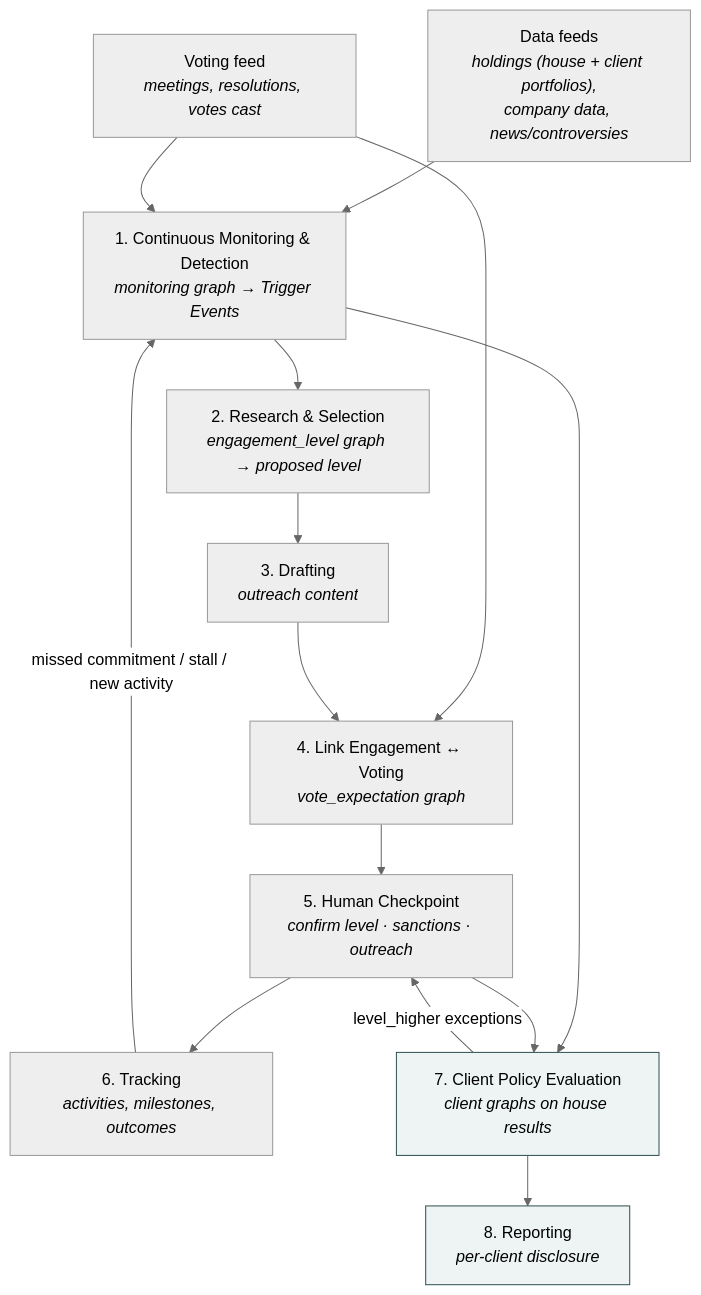
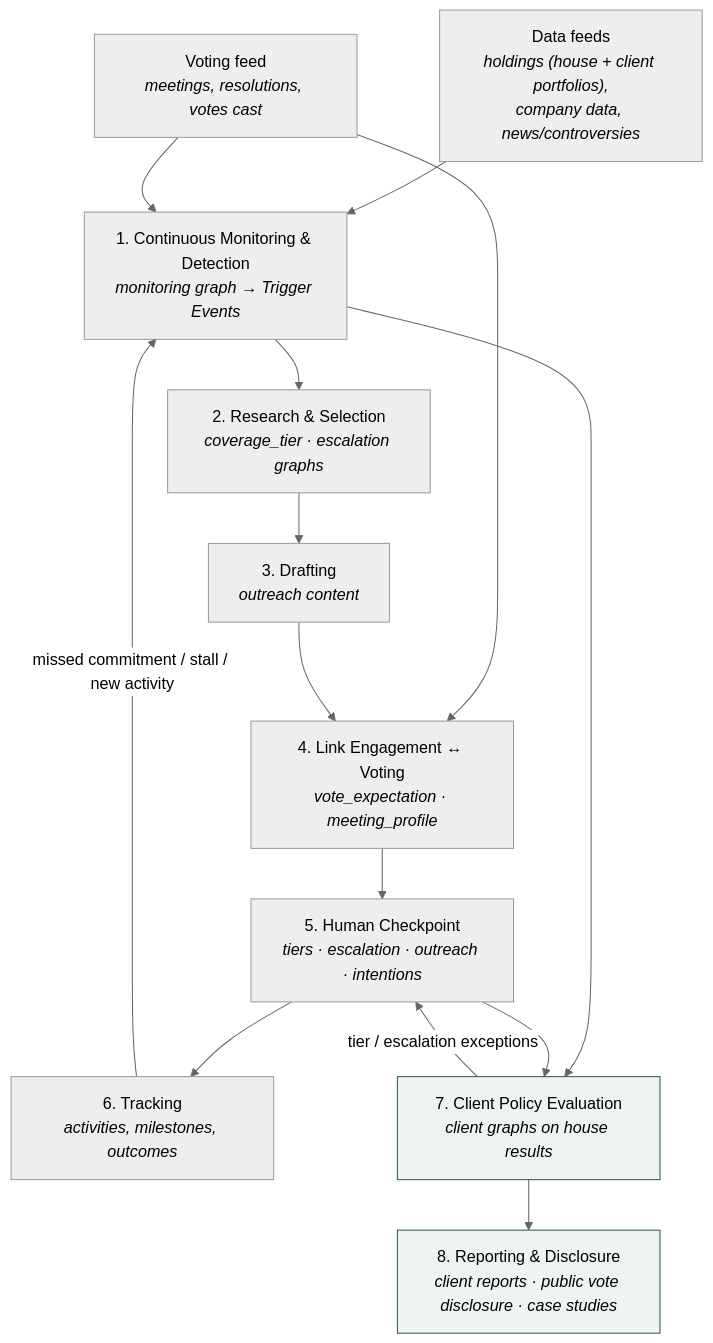
The second of 3 diagrams in docs/STEWARDSHIP_OPERATING_MODEL.md (kutschersteffen-cmd/Agentic-Research-Pipeline), drawn with Mermaid (neutral theme) before and after one commit. The commit also changed other lines of this file, not shown here.

````diff
--- a/docs/STEWARDSHIP_OPERATING_MODEL.md
+++ b/docs/STEWARDSHIP_OPERATING_MODEL.md
@@ -360,26 +466,26 @@
 ```mermaid
 flowchart TD
     I1["Data feeds<br/><i>holdings (house + client portfolios),<br/>company data, news/controversies</i>"]
     I2["Voting feed<br/><i>meetings, resolutions, votes cast</i>"]
     S1["1. Continuous Monitoring & Detection<br/><i>monitoring graph → Trigger Events</i>"]
-    S2["2. Research & Selection<br/><i>engagement_level graph → proposed level</i>"]
+    S2["2. Research & Selection<br/><i>coverage_tier · escalation graphs</i>"]
     S3["3. Drafting<br/><i>outreach content</i>"]
-    S4["4. Link Engagement ↔ Voting<br/><i>vote_expectation graph</i>"]
-    S5["5. Human Checkpoint<br/><i>confirm level · sanctions · outreach</i>"]
+    S4["4. Link Engagement ↔ Voting<br/><i>vote_expectation · meeting_profile</i>"]
+    S5["5. Human Checkpoint<br/><i>tiers · escalation · outreach · intentions</i>"]
     S6["6. Tracking<br/><i>activities, milestones, outcomes</i>"]
     S7["7. Client Policy Evaluation<br/><i>client graphs on house results</i>"]
-    S8["8. Reporting<br/><i>per-client disclosure</i>"]
+    S8["8. Reporting & Disclosure<br/><i>client reports · public vote disclosure · case studies</i>"]
 
     I1 --> S1
     I2 --> S1
     I2 --> S4
     S1 --> S2 --> S3 --> S4 --> S5 --> S6
     S6 -- "missed commitment / stall / new activity" --> S1
     S1 --> S7
     S5 --> S7
-    S7 -- "level_higher exceptions" --> S5
+    S7 -- "tier / escalation exceptions" --> S5
     S7 --> S8
 
     style S7 fill:#EEF3F3,stroke:#2F5153
     style S8 fill:#EEF3F3,stroke:#2F5153
 ```
````
